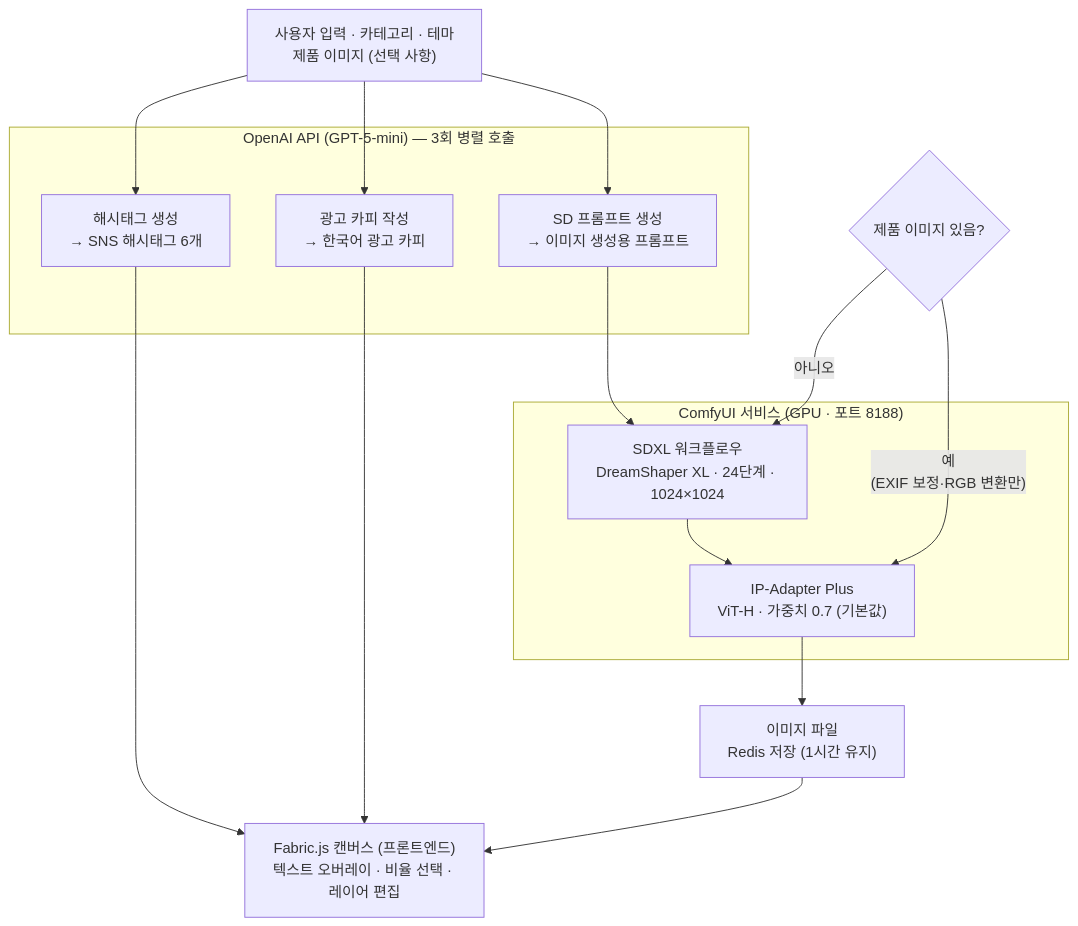
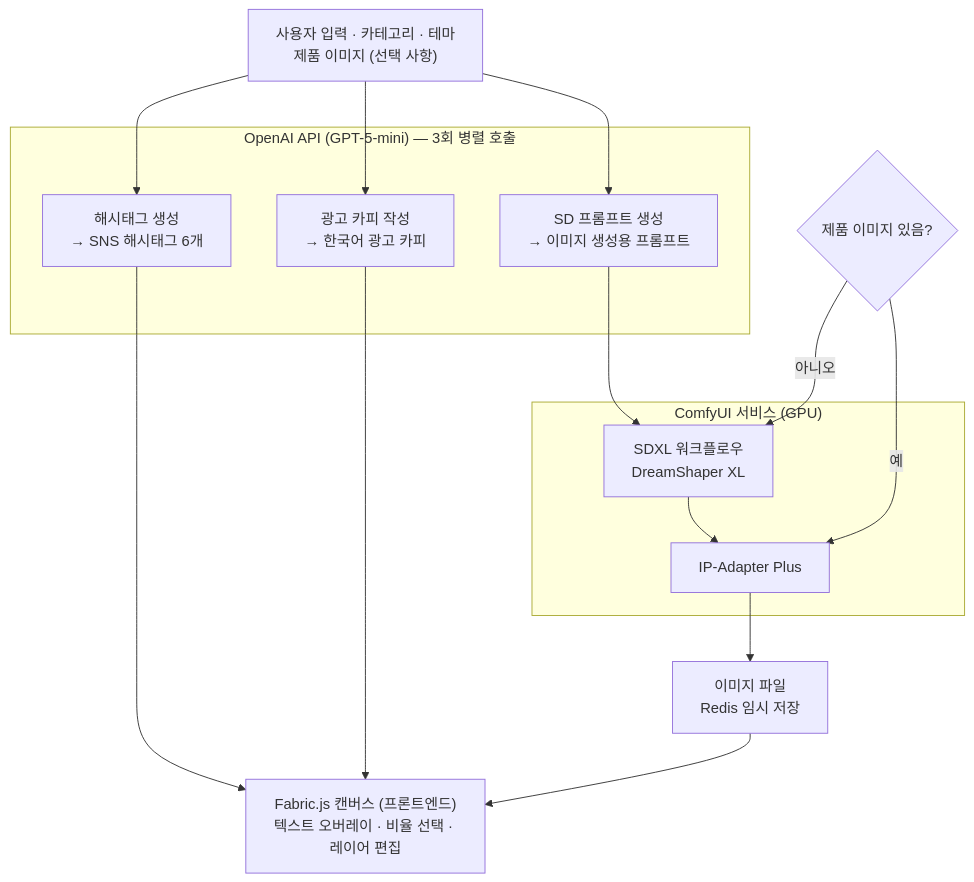
The second of 4 diagrams in docs/arch.md (bykim0119/ADGenService_team7), drawn with Mermaid before and after one commit. The commit also changed other lines of this file, not shown here.

Commit message:
arch.md 업데이트

````diff
--- a/docs/arch.md
+++ b/docs/arch.md
@@ -48,33 +48,33 @@
 ```mermaid
 flowchart TD
     IN["사용자 입력 · 카테고리 · 테마\n제품 이미지 (선택 사항)"]
 
     subgraph GPT["OpenAI API (GPT-5-mini) — 3회 병렬 호출"]
         P1["SD 프롬프트 생성\n→ 이미지 생성용 프롬프트"]
         P2["광고 카피 작성\n→ 한국어 광고 카피"]
         P3["해시태그 생성\n→ SNS 해시태그 6개"]
     end
 
-    subgraph COMFY["ComfyUI 서비스 (GPU · 포트 8188)"]
-        WF["SDXL 워크플로우\nDreamShaper XL · 24단계 · 1024×1024"]
-        IPA["IP-Adapter Plus\nViT-H · 가중치 0.7 (기본값)"]
+    subgraph COMFY["ComfyUI 서비스 (GPU)"]
+        WF["SDXL 워크플로우\nDreamShaper XL"]
+        IPA["IP-Adapter Plus"]
     end
 
     PROD{"제품 이미지 있음?"}
 
-    OUT["이미지 파일\nRedis 저장 (1시간 유지)"]
+    OUT["이미지 파일\nRedis 임시 저장"]
 
     CANVAS["Fabric.js 캔버스 (프론트엔드)\n텍스트 오버레이 · 비율 선택 · 레이어 편집"]
 
     IN --> P1
     IN --> P2
     IN --> P3
     P1 --> WF
-    PROD -- "예\n(EXIF 보정·RGB 변환만)" --> IPA
+    PROD -- "예" --> IPA
     WF --> IPA
     PROD -- "아니오" --> WF
     IPA --> OUT
     P2 --> CANVAS
     P3 --> CANVAS
     OUT --> CANVAS
 ```
````
